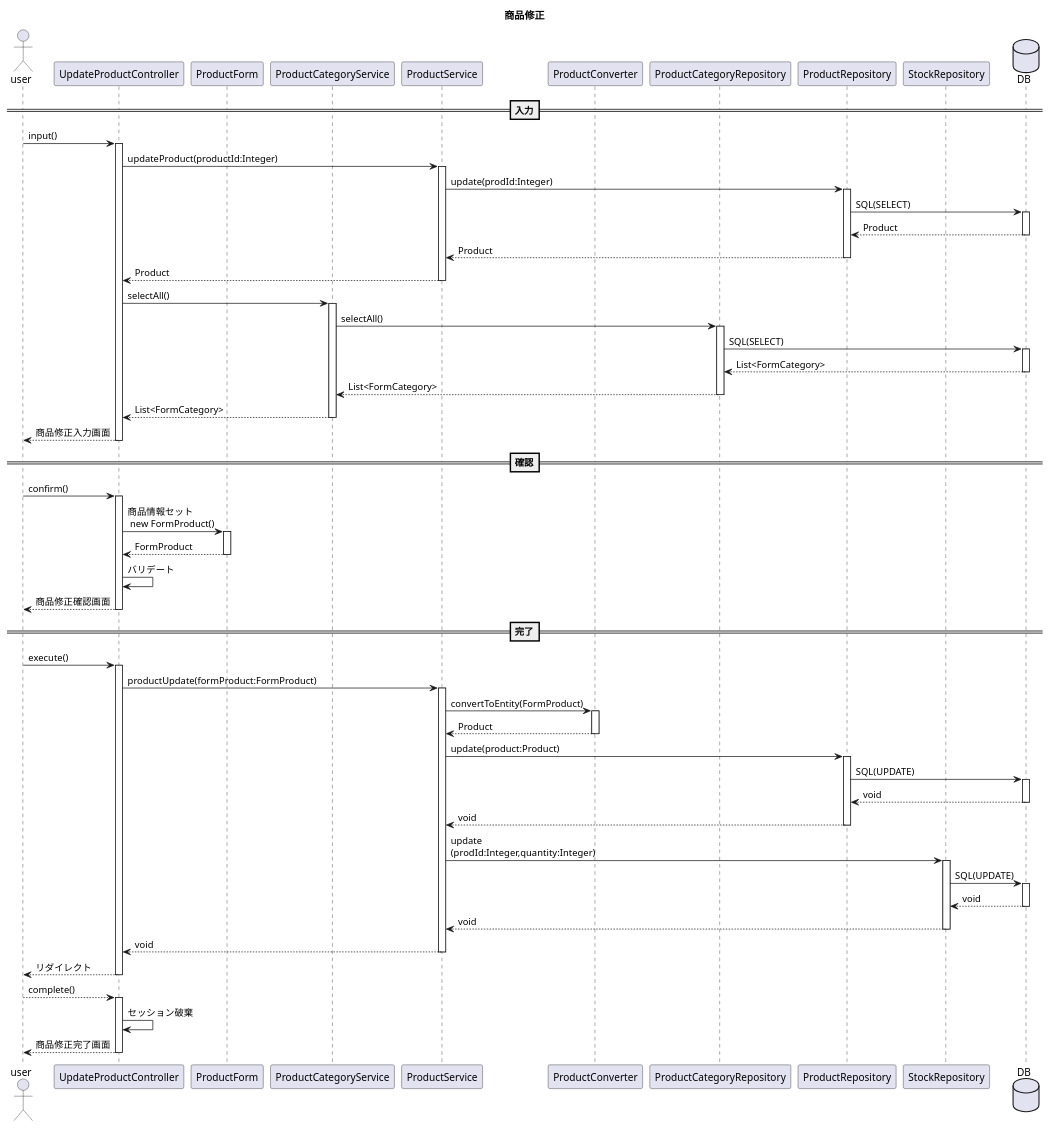
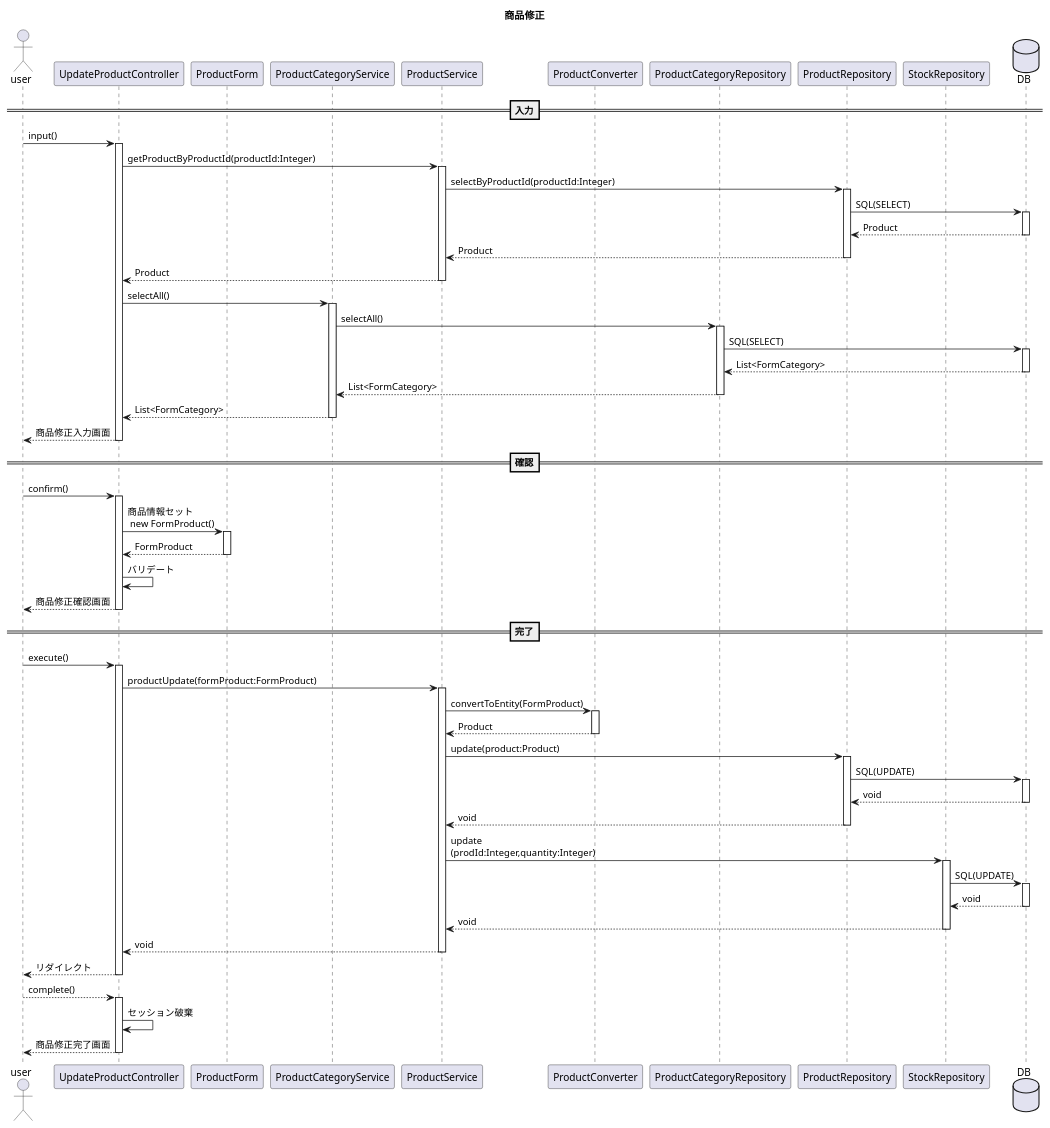
One commit to kanavii3333/ec-b changed the diagram in plan/uml/sequence/uc012.plantuml. Above: the diagram before and after it, drawn with PlantUML. The commit also changed 2 other files, not shown here.

Commit message:
削除と修正の際にレコードを取ってくるシーケンス図追加

```diff
--- a/plan/uml/sequence/uc012.plantuml
+++ b/plan/uml/sequence/uc012.plantuml
@@ -1,54 +1,54 @@
 @startuml
 title 商品修正
 actor user
 participant UpdateProductController as Controller
 participant ProductForm as Form
 participant ProductCategoryService as Service1
 participant ProductService as Service
 participant ProductConverter as Helper
 participant ProductCategoryRepository as Repository
 participant ProductRepository as Repository1
 participant StockRepository as Repository2
 database DB
 
 ==入力==
 user -> Controller++:input()
-Controller -> Service++:updateProduct(productId:Integer)
-Service -> Repository1++:update(prodId:Integer)
+Controller -> Service++:getProductByProductId(productId:Integer)
+Service -> Repository1++:selectByProductId(productId:Integer)
 Repository1 -> DB++:SQL(SELECT)
 Repository1 <-- DB--:Product
 Service <-- Repository1--:Product
 Controller <-- Service--:Product
 Controller -> Service1++:selectAll()
 Service1 -> Repository++:selectAll()
 Repository -> DB++:SQL(SELECT)
 Repository <-- DB--:List<FormCategory>
 Service1 <-- Repository--:List<FormCategory>
 Controller <-- Service1--:List<FormCategory>
 user <-- Controller--:商品修正入力画面
 ==確認==
 user -> Controller++:confirm()
 Controller -> Form++:商品情報セット\n new FormProduct()
 Controller <-- Form--:FormProduct
 Controller -> Controller:バリデート
 user <-- Controller--:商品修正確認画面
 ==完了==
 user -> Controller++:execute()
 Controller -> Service++:productUpdate(formProduct:FormProduct)
 Service -> Helper++:convertToEntity(FormProduct)
 Service <-- Helper--:Product
 Service -> Repository1++:update(product:Product)
 Repository1 -> DB++:SQL(UPDATE)
 Repository1 <-- DB--:void
 Service <-- Repository1--:void
 Service -> Repository2++:update\n(prodId:Integer,quantity:Integer)
 Repository2 -> DB++:SQL(UPDATE)
 Repository2 <-- DB--:void
 Service <-- Repository2--:void
 Controller <-- Service--:void
 user <-- Controller--:リダイレクト
 user --> Controller++:complete()
 Controller -> Controller:セッション破棄
 user <-- Controller--:商品修正完了画面
 
 @enduml
```
